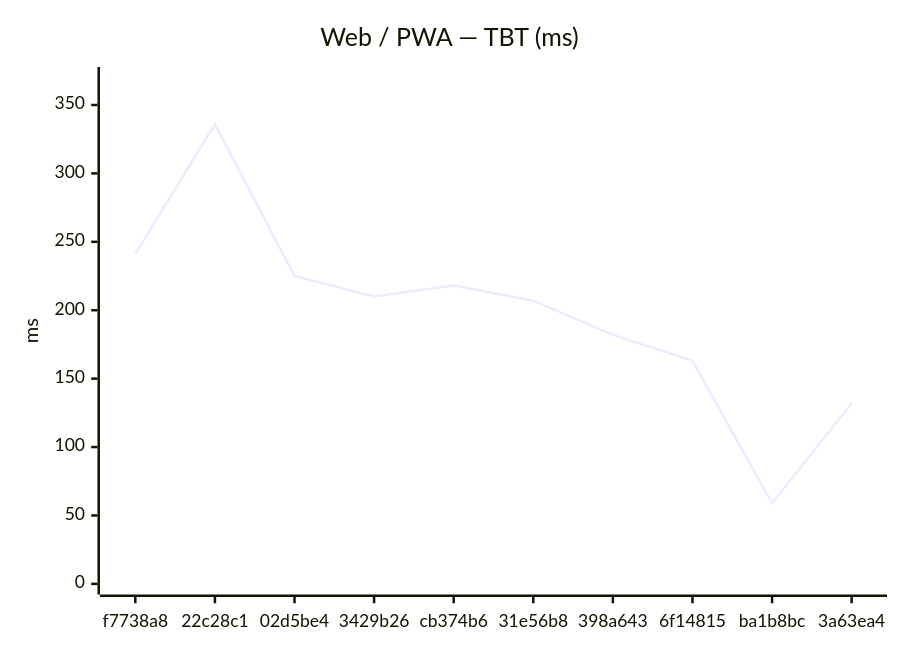
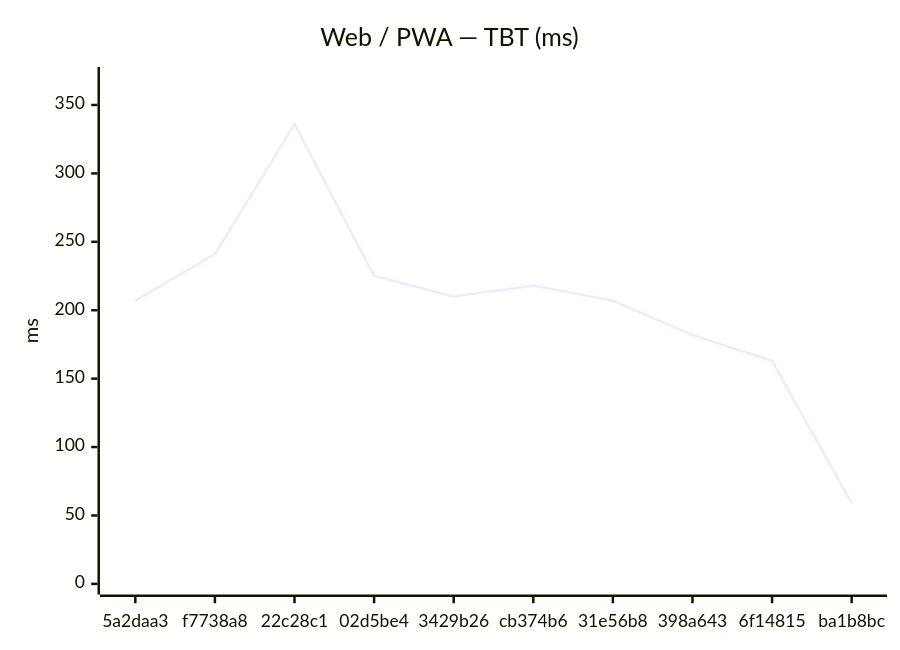
One commit to Metaheurist/Rianell changed the second of 18 diagrams in benchmarks/compare.md. Above: the diagram before and after it, drawn with Mermaid. The commit also changed other lines of this file and 11 other files, not shown here.

````diff
--- a/benchmarks/compare.md
+++ b/benchmarks/compare.md
@@ -31,7 +31,7 @@
 ```mermaid
 xychart-beta
     title "Web / PWA — TBT (ms)"
-    x-axis ["f7738a8", "22c28c1", "02d5be4", "3429b26", "cb374b6", "31e56b8", "398a643", "6f14815", "ba1b8bc", "3a63ea4"]
+    x-axis ["5a2daa3", "f7738a8", "22c28c1", "02d5be4", "3429b26", "cb374b6", "31e56b8", "398a643", "6f14815", "ba1b8bc"]
     y-axis "ms" 0 --> 370
-    line [241, 336, 225, 210, 218, 207, 182, 163, 59, 132]
+    line [207, 241, 336, 225, 210, 218, 207, 182, 163, 59]
 ```
````
